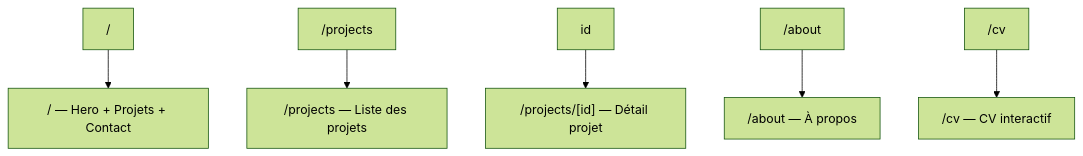
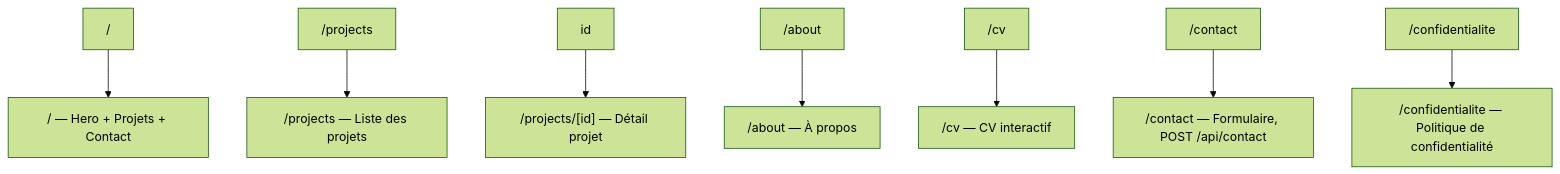
Before and after one commit to Scapeternam/portfolio-v2: the third of 3 diagrams in docs/architecture.md, drawn with Mermaid (forest theme). The commit also changed other lines of this file and 16 other files, not shown here.

Commit message:
feat(contact): add contact page with reason picker, Resend API route, nav link and privacy page

````diff
--- a/docs/architecture.md
+++ b/docs/architecture.md
@@ -69,8 +74,10 @@
 ```mermaid
 flowchart TD
     / --> Accueil["/ — Hero + Projets + Contact"]
     /projects --> ProjectsList["/projects — Liste des projets"]
     /projects/[id] --> ProjectDetail["/projects/[id] — Détail projet"]
     /about --> About["/about — À propos"]
     /cv --> CV["/cv — CV interactif"]
+    /contact --> Contact["/contact — Formulaire, POST /api/contact"]
+    /confidentialite --> Privacy["/confidentialite — Politique de confidentialité"]
 ```
````
